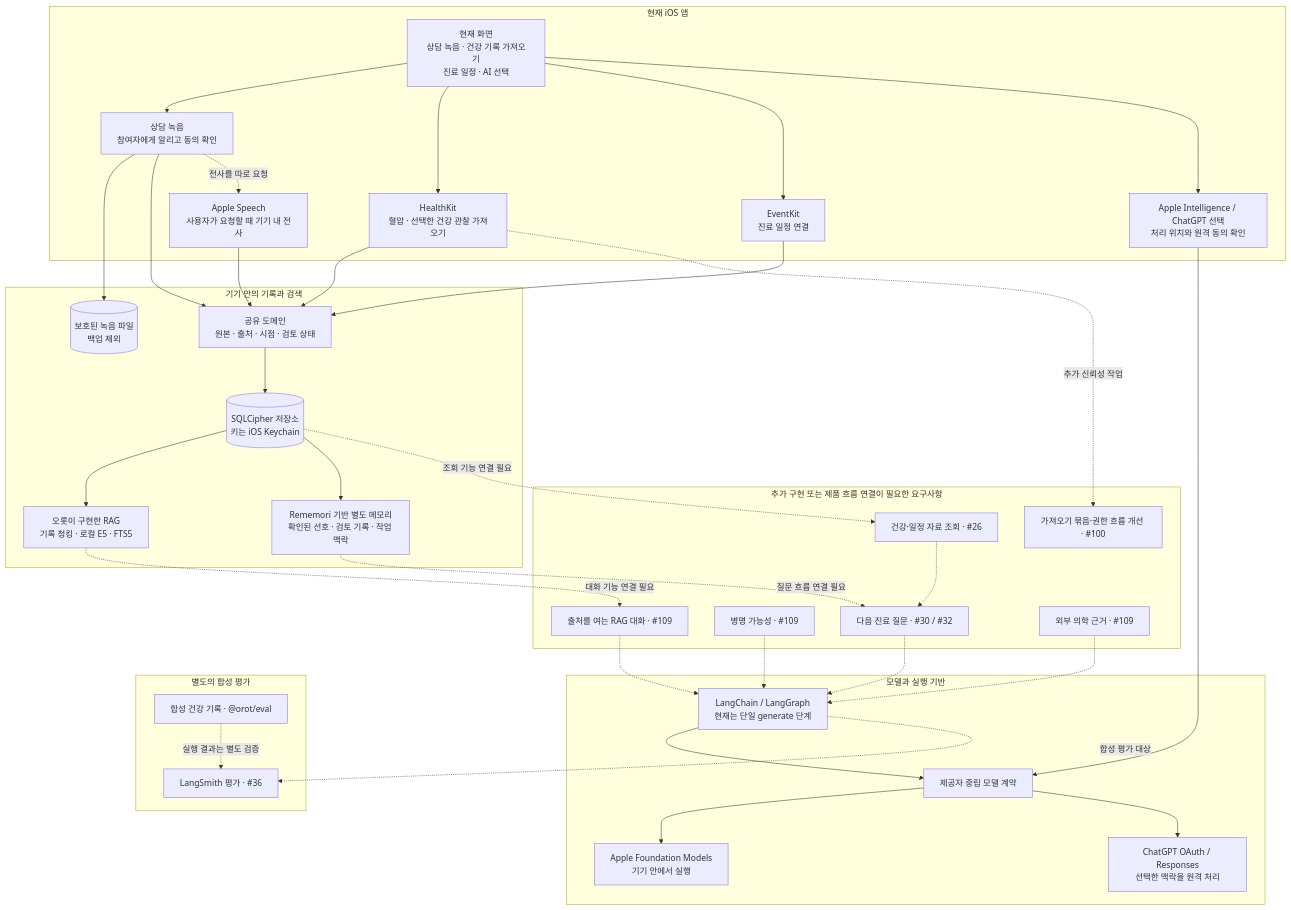
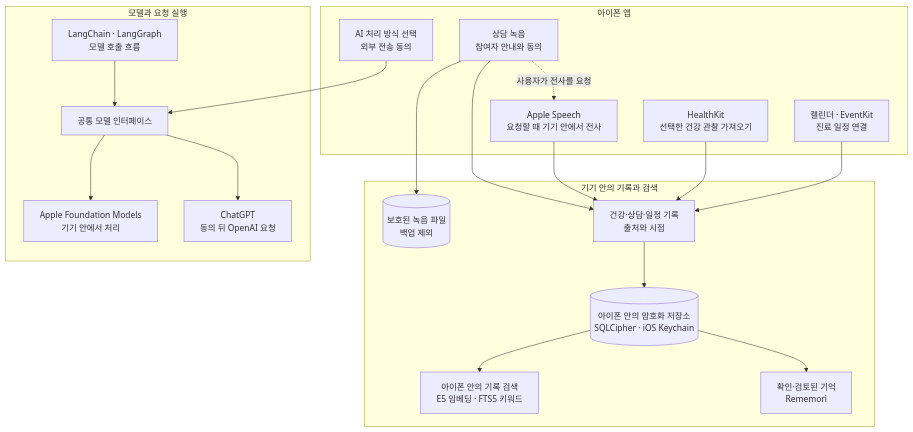
The diagram in README.md (eunsoogi/orot), drawn with Mermaid before and after one commit. The commit also changed other lines of this file, not shown here.

Commit message:
docs(readme): clarify local and remote data handling

````diff
--- a/README.md
+++ b/README.md
@@ -29,69 +29,39 @@
 ```mermaid
 flowchart TB
-  subgraph app["현재 iOS 앱"]
-    home["현재 화면<br/>상담 녹음 · 건강 기록 가져오기<br/>진료 일정 · AI 선택"]
-    recording["상담 녹음<br/>참여자에게 알리고 동의 확인"]
-    speech["Apple Speech<br/>사용자가 요청할 때 기기 내 전사"]
-    health["HealthKit<br/>혈압 · 선택한 건강 관찰 가져오기"]
-    calendar["EventKit<br/>진료 일정 연결"]
-    selection["Apple Intelligence / ChatGPT 선택<br/>처리 위치와 원격 동의 확인"]
+  subgraph app["아이폰 앱"]
+    recording["상담 녹음<br/>참여자 안내와 동의"]
+    speech["Apple Speech<br/>요청할 때 기기 안에서 전사"]
+    health["HealthKit<br/>선택한 건강 관찰 가져오기"]
+    calendar["캘린더 · EventKit<br/>진료 일정 연결"]
+    selection["AI 처리 방식 선택<br/>외부 전송 동의"]
   end
 
   subgraph local["기기 안의 기록과 검색"]
     audio[("보호된 녹음 파일<br/>백업 제외")]
-    domain["공유 도메인<br/>원본 · 출처 · 시점 · 검토 상태"]
-    db[("SQLCipher 저장소<br/>키는 iOS Keychain")]
-    rag["오롯이 구현한 RAG<br/>기록 청킹 · 로컬 E5 · FTS5"]
-    memory["Rememori 기반 별도 메모리<br/>확인된 선호 · 검토 기록 · 작업 맥락"]
+    records["건강·상담·일정 기록<br/>출처와 시점"]
+    db[("아이폰 안의 암호화 저장소<br/>SQLCipher · iOS Keychain")]
+    rag["아이폰 안의 기록 검색<br/>E5 임베딩 · FTS5 키워드"]
+    memory["확인·검토된 기억<br/>Rememori"]
   end
 
-  subgraph model["모델과 실행 기반"]
-    contract["제공자 중립 모델 계약"]
-    apple["Apple Foundation Models<br/>기기 안에서 실행"]
-    chatgpt["ChatGPT OAuth / Responses<br/>선택한 맥락을 원격 처리"]
-    orchestration["LangChain / LangGraph<br/>현재는 단일 generate 단계"]
+  subgraph model["모델과 요청 실행"]
+    contract["공통 모델 인터페이스"]
+    apple["Apple Foundation Models<br/>기기 안에서 처리"]
+    chatgpt["ChatGPT<br/>동의 뒤 OpenAI 요청"]
+    flow["LangChain · LangGraph<br/>모델 호출 흐름"]
   end
 
-  subgraph planned["추가 구현 또는 제품 흐름 연결이 필요한 요구사항"]
-    healthImport["가져오기 묶음·권한 흐름 개선 · #100"]
-    query["건강·일정 자료 조회 · #26"]
-    questions["다음 진료 질문 · #30 / #32"]
-    hypotheses["병명 가능성 · #109"]
-    ragChat["출처를 여는 RAG 대화 · #109"]
-    external["외부 의학 근거 · #109"]
-  end
-
-  subgraph evaluation["별도의 합성 평가"]
-    synthetic["합성 건강 기록 · @orot/eval"]
-    langsmith["LangSmith 평가 · #36"]
-  end
-
-  home --> recording
-  home --> health
-  home --> calendar
-  home --> selection
   recording --> audio
-  recording --> domain
-  recording -. "전사를 따로 요청" .-> speech
-  speech --> domain
-  health --> domain
-  health -. "추가 신뢰성 작업" .-> healthImport
-  calendar --> domain
-  domain --> db
+  recording --> records
+  recording -. "사용자가 전사를 요청" .-> speech
+  speech --> records
+  health --> records
+  calendar --> records
+  records --> db
   db --> rag
   db --> memory
   selection --> contract
-  orchestration --> contract
+  flow --> contract
   contract --> apple
   contract --> chatgpt
-  db -. "조회 기능 연결 필요" .-> query
-  query -.-> questions
-  rag -. "대화 기능 연결 필요" .-> ragChat
-  memory -. "질문 흐름 연결 필요" .-> questions
-  questions -.-> orchestration
-  hypotheses -.-> orchestration
-  ragChat -.-> orchestration
-  external -.-> orchestration
-  orchestration -. "합성 평가 대상" .-> langsmith
-  synthetic -. "실행 결과는 별도 검증" .-> langsmith
 ```
````
